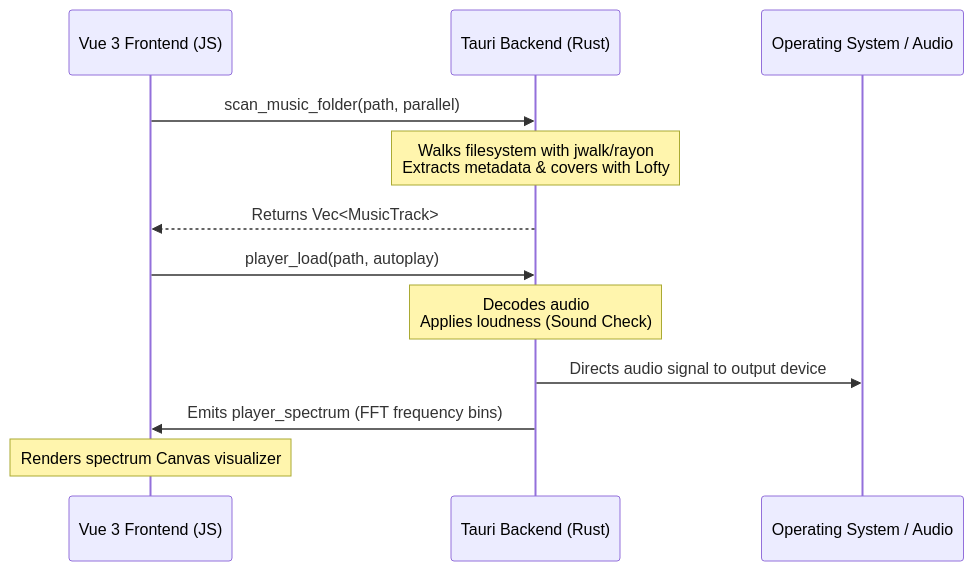
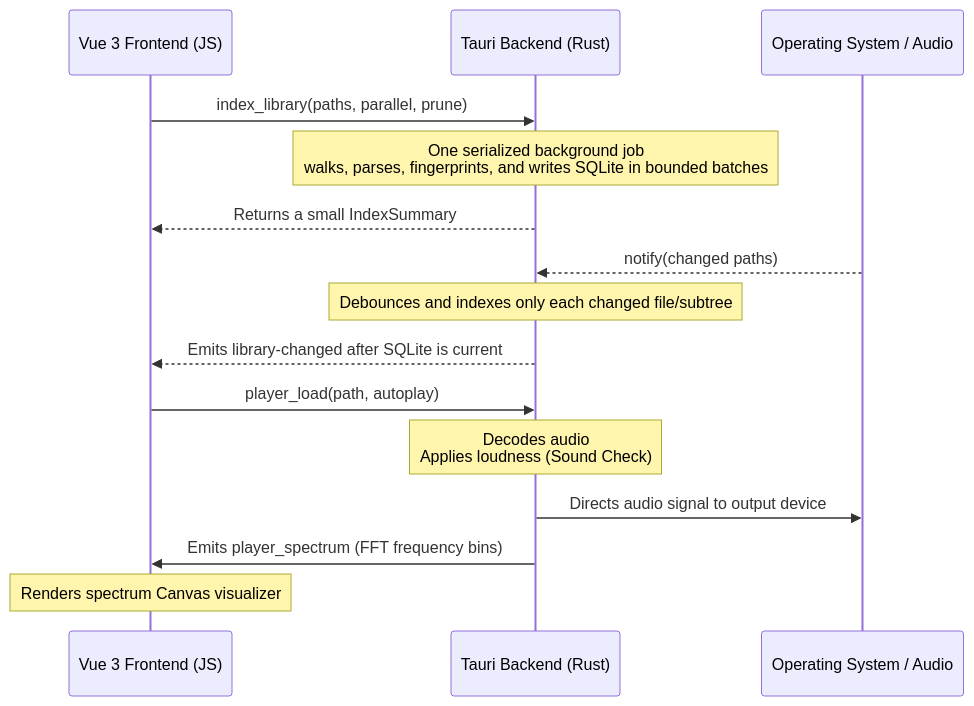
The diagram in README.md (iniFaiz/ts-music-serial), drawn with Mermaid before and after one commit. The commit also changed other lines of this file and 8 other files, not shown here.

First line of the commit message:
Refactor music library indexing and filesystem watching

````diff
--- a/README.md
+++ b/README.md
@@ -145,17 +145,21 @@
 ```mermaid
 sequenceDiagram
     participant FE as Vue 3 Frontend (JS)
     participant BE as Tauri Backend (Rust)
     participant OS as Operating System / Audio
-    
-    FE->>BE: scan_music_folder(path, parallel)
-    Note over BE: Walks filesystem with jwalk/rayon<br/>Extracts metadata & covers with Lofty
-    BE-->>FE: Returns Vec<MusicTrack>
-    
+
+    FE->>BE: index_library(paths, parallel, prune)
+    Note over BE: One serialized background job<br/>walks, parses, fingerprints, and writes SQLite in bounded batches
+    BE-->>FE: Returns a small IndexSummary
+
+    OS-->>BE: notify(changed paths)
+    Note over BE: Debounces and indexes only each changed file/subtree
+    BE-->>FE: Emits library-changed after SQLite is current
+
     FE->>BE: player_load(path, autoplay)
     Note over BE: Decodes audio<br/>Applies loudness (Sound Check)
     BE->>OS: Directs audio signal to output device
-    
+
     BE->>FE: Emits player_spectrum (FFT frequency bins)
     Note over FE: Renders spectrum Canvas visualizer
 ```
````
